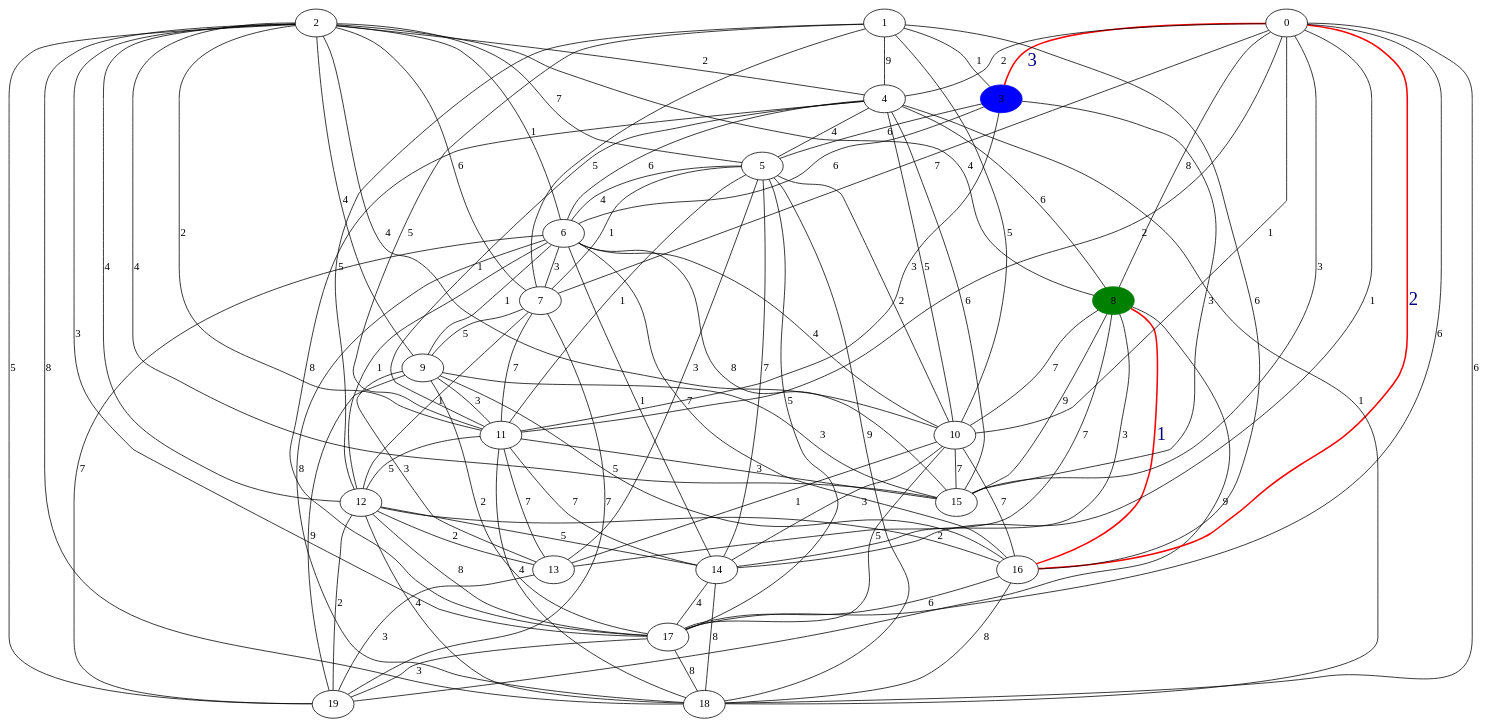
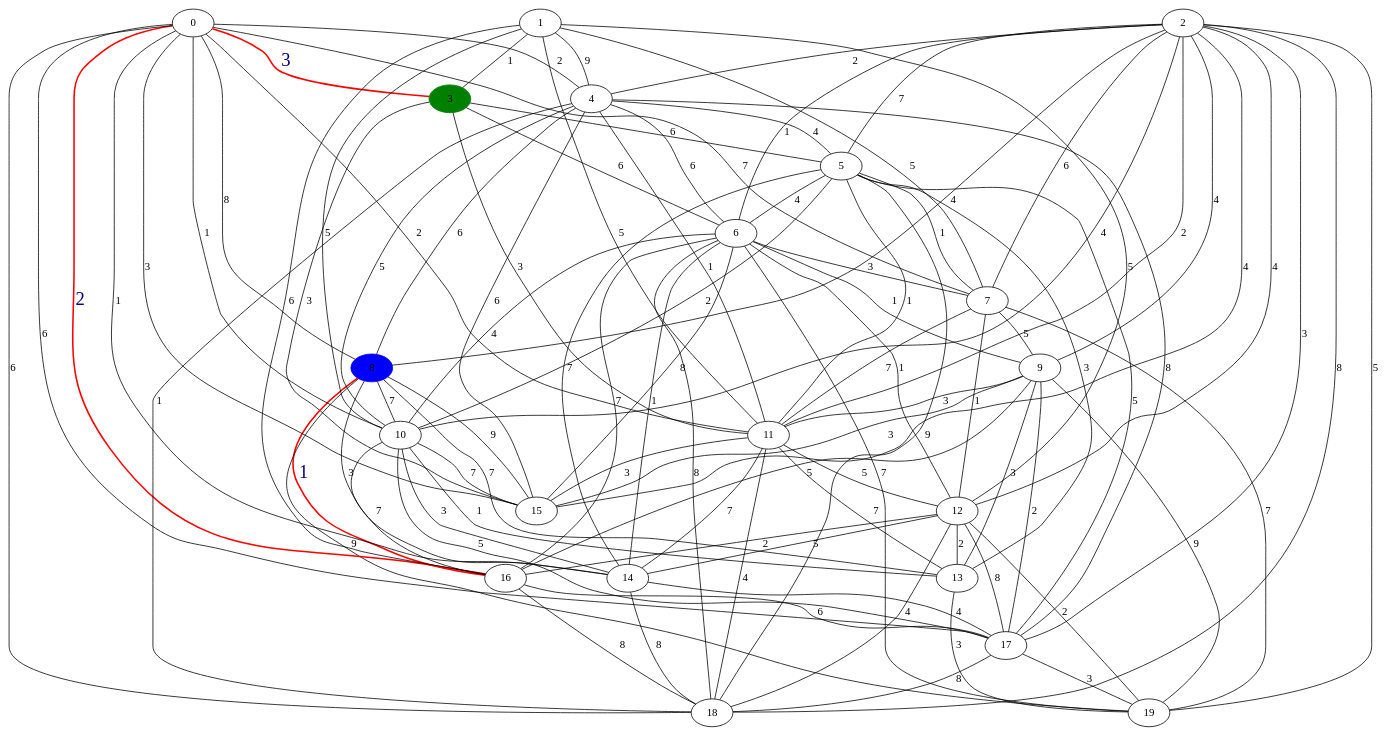
Before and after one commit to kuldeep725/COLLEGE_STUFFS: the diagram in CSlAB_2017/DIJKSTRA/weighted1Dijkstra.dot, drawn with Graphviz. The commit also changed 18 other files, not shown here.

```diff
--- a/CSlAB_2017/DIJKSTRA/weighted1Dijkstra.dot
+++ b/CSlAB_2017/DIJKSTRA/weighted1Dijkstra.dot
@@ -1,106 +1,106 @@
 graph weighted1 {
-      8  [color = green, style = filled];
-      3  [color = blue, style = filled];
+      3  [color = green, style = filled];
+      8  [color = blue, style = filled];
       0 -- 3 [color=red,style = bold] [label = 3, fontcolor = navyblue,fontsize = 24] ;
       0 -- 4 [label = 2] ;
       0 -- 7 [label = 7] ;
       0 -- 8 [label = 8] ;
       0 -- 10 [label = 1] ;
       0 -- 11 [label = 2] ;
       0 -- 14 [label = 1] ;
       0 -- 15 [label = 3] ;
       0 -- 16 [color=red,style = bold] [label = 2, fontcolor = navyblue,fontsize = 24] ;
       0 -- 17 [label = 6] ;
       0 -- 18 [label = 6] ;
       1 -- 3 [label = 1] ;
       1 -- 4 [label = 9] ;
       1 -- 7 [label = 5] ;
       1 -- 10 [label = 5] ;
       1 -- 11 [label = 5] ;
       1 -- 12 [label = 5] ;
       1 -- 16 [label = 6] ;
       2 -- 4 [label = 2] ;
       2 -- 5 [label = 7] ;
       2 -- 6 [label = 1] ;
       2 -- 7 [label = 6] ;
       2 -- 8 [label = 4] ;
       2 -- 9 [label = 4] ;
       2 -- 10 [label = 4] ;
       2 -- 11 [label = 2] ;
       2 -- 12 [label = 4] ;
       2 -- 15 [label = 4] ;
       2 -- 17 [label = 3] ;
       2 -- 18 [label = 8] ;
       2 -- 19 [label = 5] ;
       3 -- 5 [label = 6] ;
       3 -- 6 [label = 6] ;
       3 -- 11 [label = 3] ;
       3 -- 15 [label = 3] ;
       4 -- 5 [label = 4] ;
       4 -- 6 [label = 6] ;
       4 -- 8 [label = 6] ;
       4 -- 10 [label = 5] ;
       4 -- 11 [label = 1] ;
       4 -- 15 [label = 6] ;
       4 -- 17 [label = 8] ;
       4 -- 18 [label = 1] ;
       5 -- 6 [label = 4] ;
       5 -- 7 [label = 1] ;
       5 -- 10 [label = 2] ;
       5 -- 11 [label = 1] ;
       5 -- 13 [label = 3] ;
       5 -- 14 [label = 7] ;
       5 -- 17 [label = 5] ;
       5 -- 18 [label = 9] ;
       6 -- 7 [label = 3] ;
       6 -- 9 [label = 1] ;
       6 -- 10 [label = 4] ;
       6 -- 12 [label = 1] ;
       6 -- 14 [label = 1] ;
       6 -- 15 [label = 8] ;
       6 -- 16 [label = 7] ;
       6 -- 18 [label = 8] ;
       6 -- 19 [label = 7] ;
       7 -- 9 [label = 5] ;
       7 -- 11 [label = 7] ;
       7 -- 12 [label = 1] ;
       7 -- 19 [label = 7] ;
       8 -- 10 [label = 7] ;
       8 -- 13 [label = 7] ;
       8 -- 14 [label = 3] ;
       8 -- 15 [label = 9] ;
       8 -- 16 [color=red,style = bold] [label = 1, fontcolor = navyblue,fontsize = 24] ;
       8 -- 19 [label = 9] ;
       9 -- 11 [label = 3] ;
       9 -- 13 [label = 3] ;
       9 -- 15 [label = 3] ;
       9 -- 16 [label = 5] ;
       9 -- 17 [label = 2] ;
       9 -- 19 [label = 9] ;
       10 -- 13 [label = 1] ;
       10 -- 14 [label = 3] ;
       10 -- 15 [label = 7] ;
       10 -- 16 [label = 7] ;
       10 -- 17 [label = 5] ;
       11 -- 12 [label = 5] ;
       11 -- 13 [label = 7] ;
       11 -- 14 [label = 7] ;
       11 -- 15 [label = 3] ;
       11 -- 18 [label = 4] ;
       12 -- 13 [label = 2] ;
       12 -- 14 [label = 5] ;
       12 -- 16 [label = 2] ;
       12 -- 17 [label = 8] ;
       12 -- 18 [label = 4] ;
       12 -- 19 [label = 2] ;
       13 -- 19 [label = 3] ;
       14 -- 17 [label = 4] ;
       14 -- 18 [label = 8] ;
       15 ;
       16 -- 17 [label = 6] ;
       16 -- 18 [label = 8] ;
       17 -- 18 [label = 8] ;
       17 -- 19 [label = 3] ;
       18 ;
       19 
 }
```
